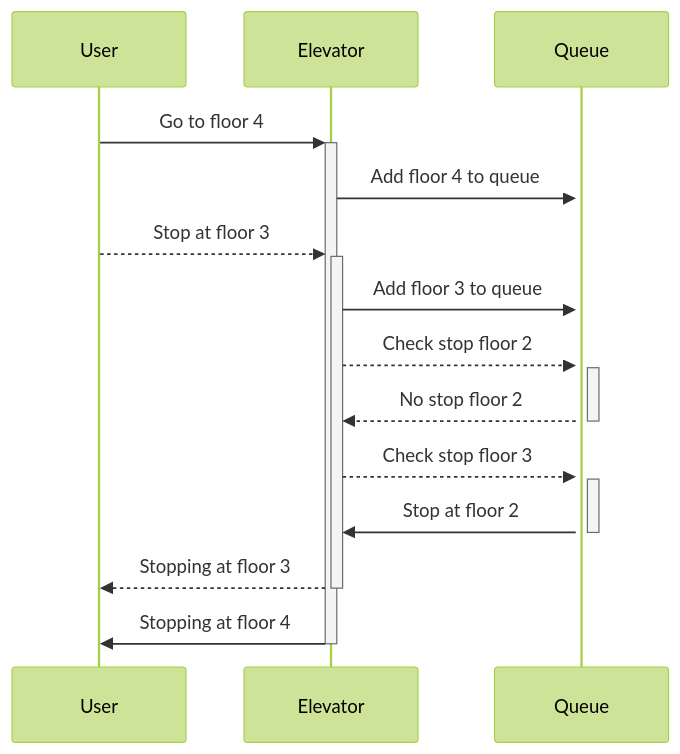
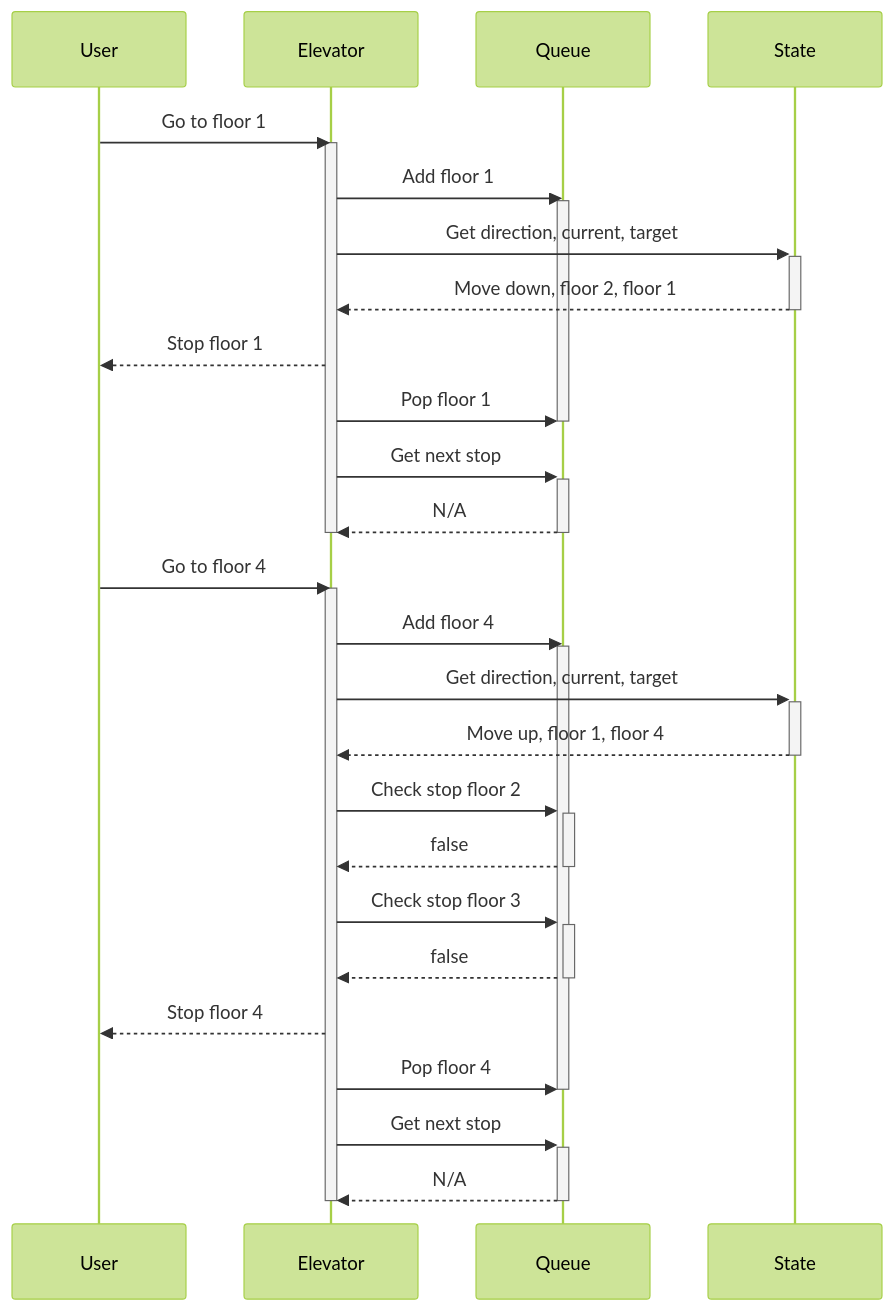
One commit to andreasnett/heislab changed the second of 3 diagrams in mermaid.md. Above: the diagram before and after it, drawn with Mermaid (forest theme). The commit also changed other lines of this file, not shown here.

Commit message:
sequence diagram is done i think

````diff
--- a/mermaid.md
+++ b/mermaid.md
@@ -38,13 +36,37 @@
 ```mermaid
 sequenceDiagram
-    User->>+Elevator: Go to floor 4
-    Elevator->>+Queue: Add floor 4 to queue
-    User-->>+Elevator: Stop at floor 3
-    Elevator->>+Queue: Add floor 3 to queue
-    Elevator-->>+Queue: Check stop floor 2
-    Queue-->>-Elevator: No stop floor 2
-    Elevator-->>+Queue: Check stop floor 3
-    Queue->>-Elevator: Stop at floor 2
-    Elevator-->>-User: Stopping at floor 3
-    Elevator->>-User: Stopping at floor 4
+    participant User
+    participant Elevator
+    participant Queue
+    participant State
+    User->>Elevator: Go to floor 1
+    activate Elevator
+    Elevator->>Queue: Add floor 1
+    activate Queue
+    Elevator->>+State: Get direction, current, target
+    State-->>-Elevator: Move down, floor 2, floor 1
+    Elevator-->>User: Stop floor 1
+    Elevator->>Queue: Pop floor 1
+    deactivate Queue
+    Elevator->>+Queue: Get next stop
+    Queue-->>-Elevator: N/A
+
+    deactivate Elevator
+    User->>Elevator: Go to floor 4
+    activate Elevator
+    Elevator->>Queue: Add floor 4
+    activate Queue
+    Elevator->>+State: Get direction, current, target
+    State-->>-Elevator: Move up, floor 1, floor 4
+    Elevator->>+Queue: Check stop floor 2
+    Queue-->>-Elevator: false
+    Elevator->>+Queue: Check stop floor 3
+    Queue-->>-Elevator: false
+    Elevator-->>User: Stop floor 4
+    Elevator->>Queue: Pop floor 4
+    deactivate Queue
+    Elevator->>+Queue: Get next stop
+    Queue-->>-Elevator: N/A
+    deactivate Elevator
+
 ```
````
